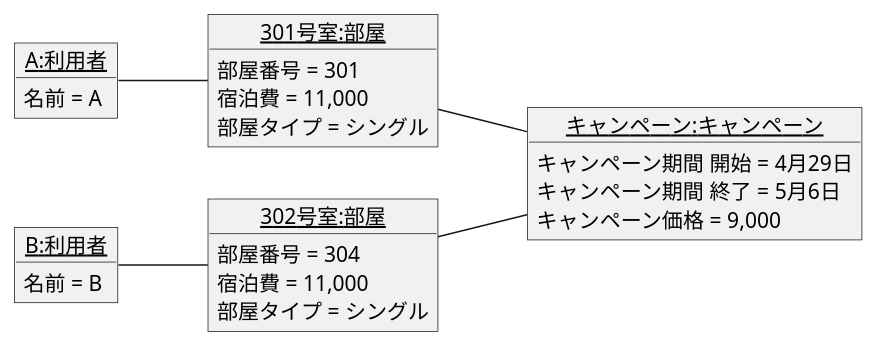
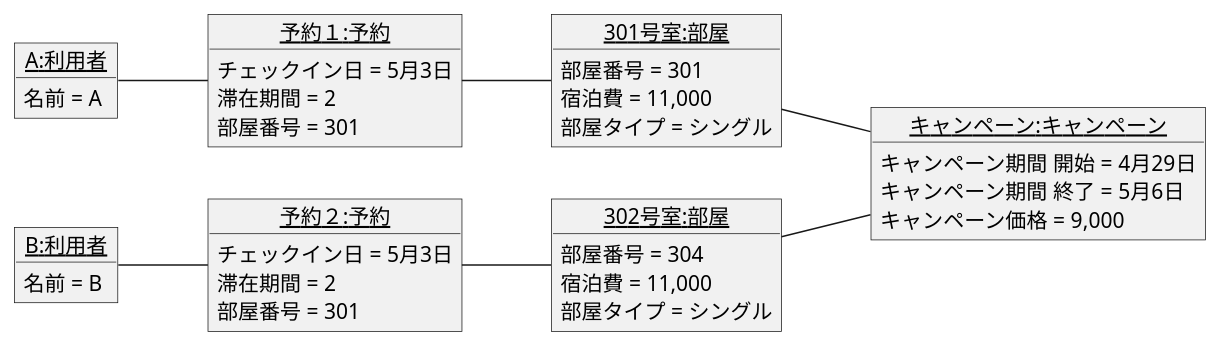
Before and after one commit to yoshidasen/uml-introduction: the diagram in 演習3-5_OBJ_ホテル宿泊予約.pu, drawn with PlantUML.

Commit message:
演習3-5 予約オブジェクトの追記

```diff
--- a/演習3-5_OBJ_ホテル宿泊予約.pu
+++ b/演習3-5_OBJ_ホテル宿泊予約.pu
@@ -1,30 +1,42 @@
 @startuml ホテル宿泊予約
     left to right direction
     object "<u>A:利用者</u>" as O1 {
         名前 = A
     } 
     object "<u>B:利用者</u>" as O2 {
         名前 = B
     }
     object "<u>301号室:部屋</u>" as O3 {
         部屋番号 = 301
         宿泊費 = 11,000
         部屋タイプ = シングル
     }
     object "<u>302号室:部屋</u>" as O4 {
         部屋番号 = 304
         宿泊費 = 11,000
         部屋タイプ = シングル
     }
     object "<u>キャンペーン:キャンペーン</u>" as O5 {
         キャンペーン期間 開始 = 4月29日
         キャンペーン期間 終了 = 5月6日
         キャンペーン価格 = 9,000
     }
 
-    O1 -- O3
-    O2 -- O4
+    object "<u>予約１:予約</u>" as O6 {
+        チェックイン日 = 5月3日
+        滞在期間 = 2
+        部屋番号 = 301
+    }
+    object "<u>予約２:予約</u>" as O7 {
+        チェックイン日 = 5月3日
+        滞在期間 = 2
+        部屋番号 = 301
+    }
+
+    O1 -- O6
+    O2 -- O7
     O3 -- O5
     O4 -- O5
-
+    O6 -- O3
+    O7 -- O4
 @enduml
```
